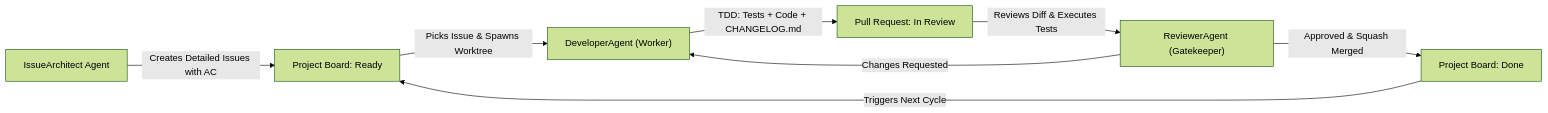
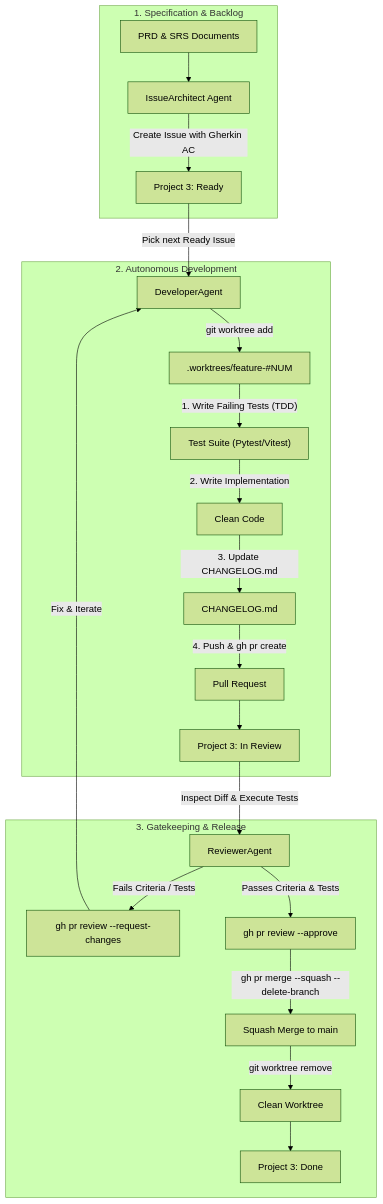
Before and after one commit to its-me-maady/promptroyale-docs: the diagram in AGENTS.md, drawn with Mermaid (forest theme). The commit also changed other lines of this file, not shown here.

Commit message:
docs(sdlc): Synchronize autonomous multi-agent SDLC specification

````diff
--- a/AGENTS.md
+++ b/AGENTS.md
@@ -33,10 +85,27 @@
 ```mermaid
-flowchart LR
-    A["IssueArchitect Agent"] -->|"Creates Detailed Issues with AC"| B["Project Board: Ready"]
-    B -->|"Picks Issue & Spawns Worktree"| C["DeveloperAgent (Worker)"]
-    C -->|"TDD: Tests + Code + CHANGELOG.md"| D["Pull Request: In Review"]
-    D -->|"Reviews Diff & Executes Tests"| E["ReviewerAgent (Gatekeeper)"]
-    E -->|"Changes Requested"| C
-    E -->|"Approved & Squash Merged"| F["Project Board: Done"]
-    F -->|"Triggers Next Cycle"| B
+flowchart TD
+    subgraph Phase1["1. Specification & Backlog"]
+        SRS["PRD & SRS Documents"] --> Arch["IssueArchitect Agent"]
+        Arch -->|"Create Issue with Gherkin AC"| GH_Ready["Project 3: Ready"]
+    end
+
+    subgraph Phase2["2. Autonomous Development"]
+        GH_Ready -->|"Pick next Ready Issue"| Dev["DeveloperAgent"]
+        Dev -->|"git worktree add"| WT[".worktrees/feature-#NUM"]
+        WT -->|"1. Write Failing Tests (TDD)"| TDD["Test Suite (Pytest/Vitest)"]
+        TDD -->|"2. Write Implementation"| Impl["Clean Code"]
+        Impl -->|"3. Update CHANGELOG.md"| CL["CHANGELOG.md"]
+        CL -->|"4. Push & gh pr create"| PR["Pull Request"]
+        PR --> GH_Review["Project 3: In Review"]
+    end
+
+    subgraph Phase3["3. Gatekeeping & Release"]
+        GH_Review -->|"Inspect Diff & Execute Tests"| Rev["ReviewerAgent"]
+        Rev -->|"Fails Criteria / Tests"| ReqCh["gh pr review --request-changes"]
+        ReqCh -->|"Fix & Iterate"| Dev
+        Rev -->|"Passes Criteria & Tests"| Appr["gh pr review --approve"]
+        Appr -->|"gh pr merge --squash --delete-branch"| Merge["Squash Merge to main"]
+        Merge -->|"git worktree remove"| Clean["Clean Worktree"]
+        Clean --> GH_Done["Project 3: Done"]
+    end
 ```
````
